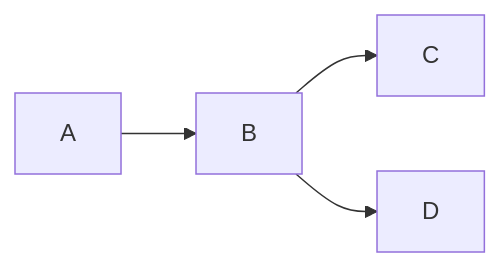
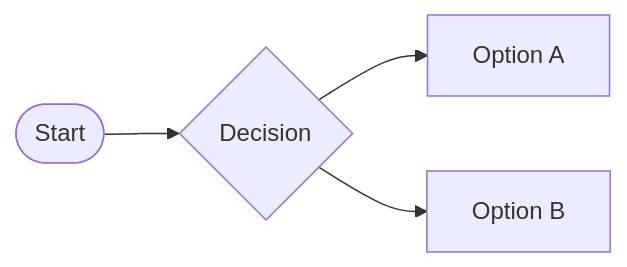
The second of 2 diagrams in markdown_kitchen_sink.md (AkshayaJeyaprakash/Project_ATOM_RAS598), drawn with Mermaid before and after one commit. The commit also changed other lines of this file, not shown here.

Commit message:
Adding different graph node shapes

````diff
--- a/markdown_kitchen_sink.md
+++ b/markdown_kitchen_sink.md
@@ -322,6 +323,7 @@
 ```mermaid
 graph LR;
-    A --> B;
-    B --> C;
-    B --> D;
+    A(["Start"])
+    A --> B{"Decision"};
+    B --> C["Option A"];
+    B --> D["Option B"];
 ```
````
